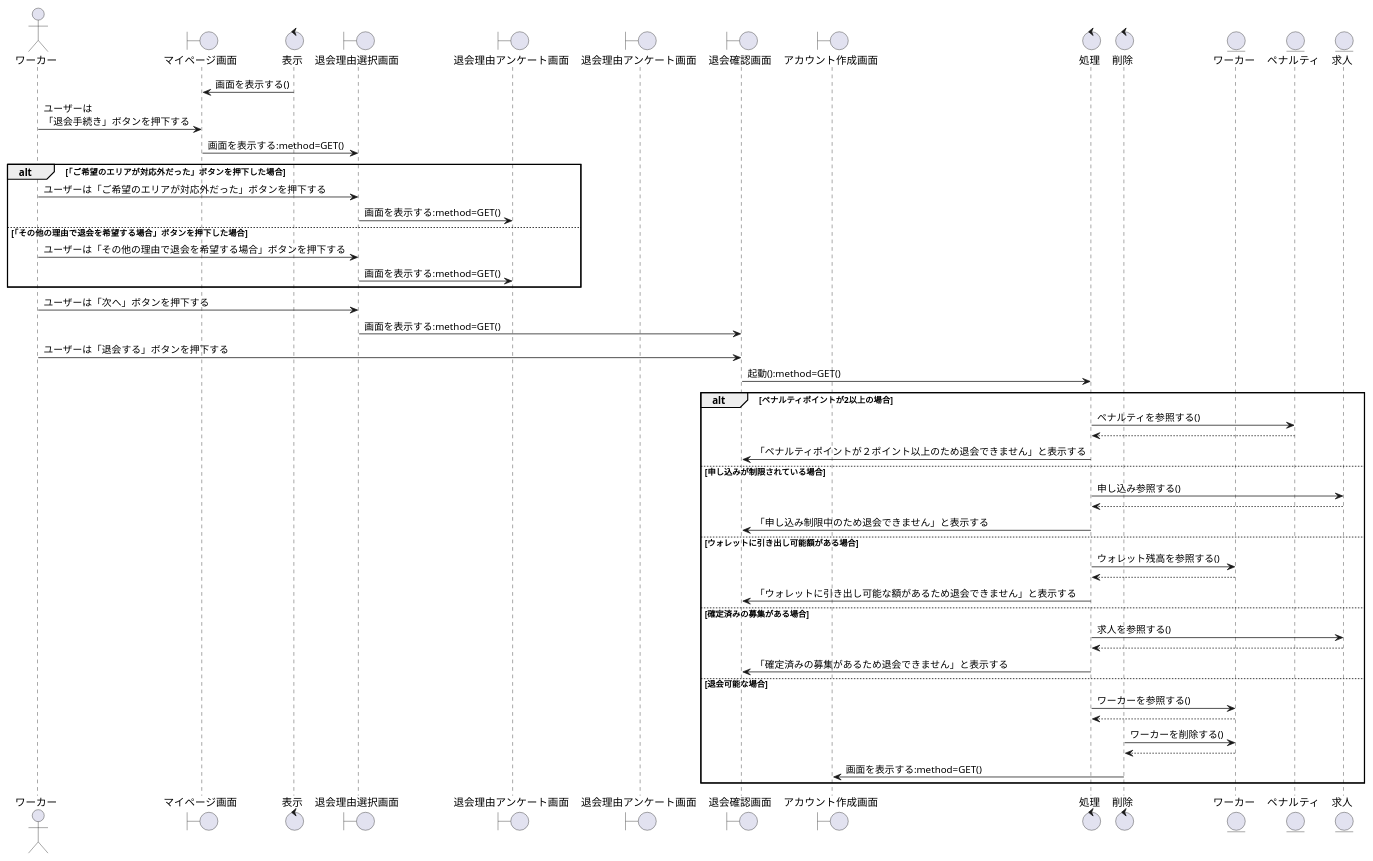
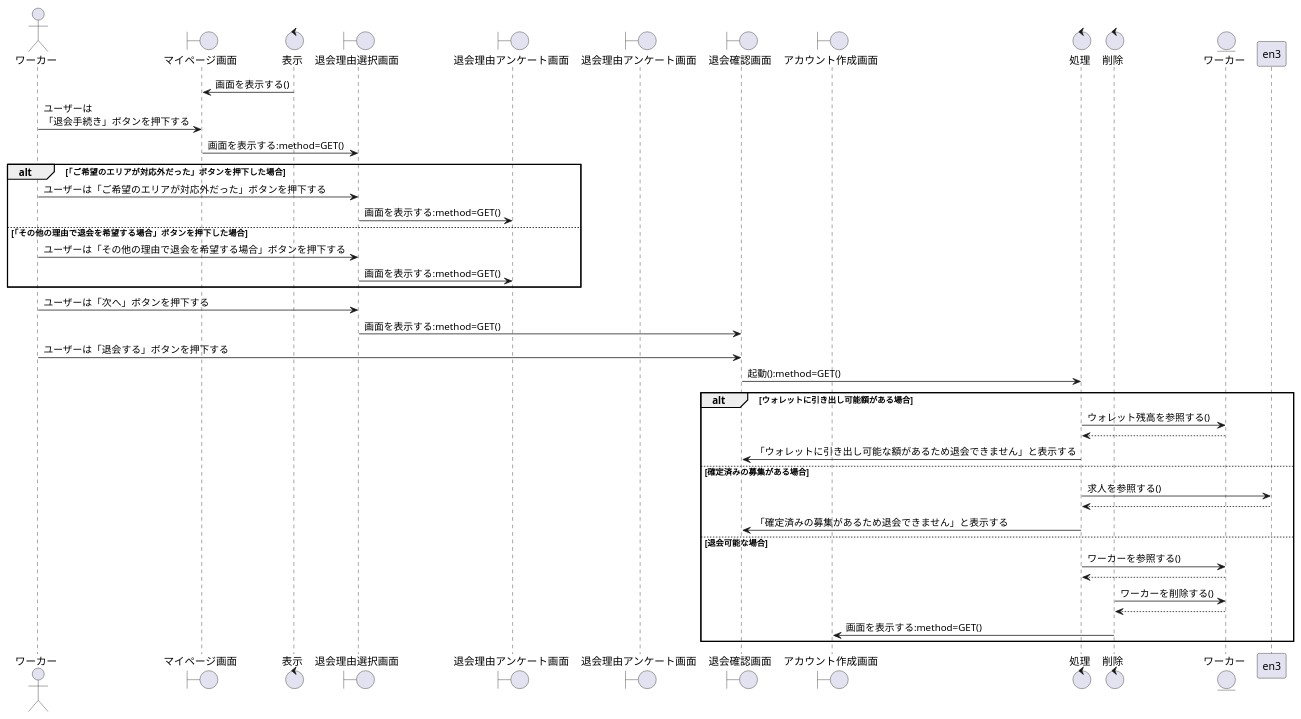
One commit to irukacb256/high_Me changed the diagram in sequence_fig/7_acconts_fn/14_退会手続きをする.pu. Above: the diagram before and after it, drawn with PlantUML. The commit also changed 13 other files, not shown here.

```diff
--- a/sequence_fig/7_acconts_fn/14_退会手続きをする.pu
+++ b/sequence_fig/7_acconts_fn/14_退会手続きをする.pu
@@ -1,69 +1,61 @@
 @startuml 退会手続きをする
 
 actor ワーカー as wo1
 
 boundary マイページ画面 as bo1
 control 表示 as co1
 boundary 退会理由選択画面 as bo2
 boundary 退会理由アンケート画面 as bo3
 boundary 退会理由アンケート画面 as bo4
 boundary 退会確認画面 as bo5
 boundary アカウント作成画面 as bo6
 
 control 処理 as co2
 control 削除 as co3
 
 entity ワーカー as en1
-entity ペナルティ as en2
-entity 求人 as en3
+
 
 co1 -> bo1:画面を表示する()
 wo1 -> bo1:ユーザーは\n「退会手続き」ボタンを押下する
 bo1 -> bo2:画面を表示する:method=GET()
 
 alt 「ご希望のエリアが対応外だった」ボタンを押下した場合
     wo1 -> bo2:ユーザーは「ご希望のエリアが対応外だった」ボタンを押下する
     bo2 -> bo3:画面を表示する:method=GET()
 
 else 「その他の理由で退会を希望する場合」ボタンを押下した場合
     wo1 -> bo2:ユーザーは「その他の理由で退会を希望する場合」ボタンを押下する
     bo2 -> bo3:画面を表示する:method=GET()
 
 end
 
 wo1 -> bo2:ユーザーは「次へ」ボタンを押下する
 bo2 -> bo5:画面を表示する:method=GET()
 wo1 -> bo5:ユーザーは「退会する」ボタンを押下する
 bo5 -> co2:起動():method=GET()
 
 
-alt ペナルティポイントが2以上の場合
-    co2 -> en2:ペナルティを参照する()
-    co2 <-- en2
-    co2 -> bo5:「ペナルティポイントが２ポイント以上のため退会できません」と表示する
 
-else 申し込みが制限されている場合
-    co2 -> en3:申し込み参照する()
-    co2 <-- en3
-    co2 -> bo5:「申し込み制限中のため退会できません」と表示する
 
-else ウォレットに引き出し可能額がある場合
+
+alt ウォレットに引き出し可能額がある場合
     co2 -> en1:ウォレット残高を参照する()
     co2 <-- en1
     co2 -> bo5:「ウォレットに引き出し可能な額があるため退会できません」と表示する
 
 else 確定済みの募集がある場合
     co2 -> en3:求人を参照する()
     co2 <-- en3
     co2 -> bo5:「確定済みの募集があるため退会できません」と表示する
 
 else 退会可能な場合
     co2 -> en1:ワーカーを参照する()
     en1 --> co2
     co3 -> en1:ワーカーを削除する()
     co3 <-- en1
     co3 -> bo6:画面を表示する:method=GET()
 
 end
 
 @enduml
```
